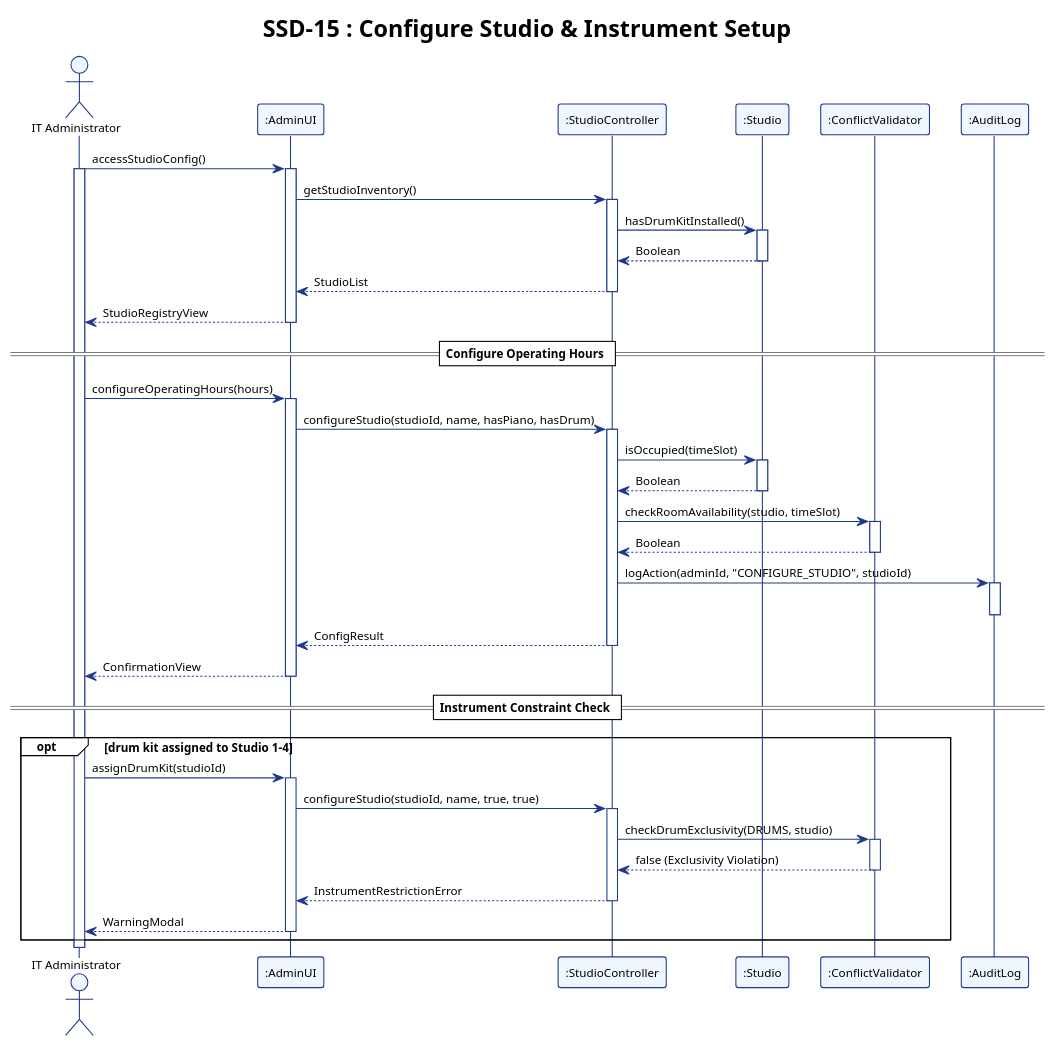
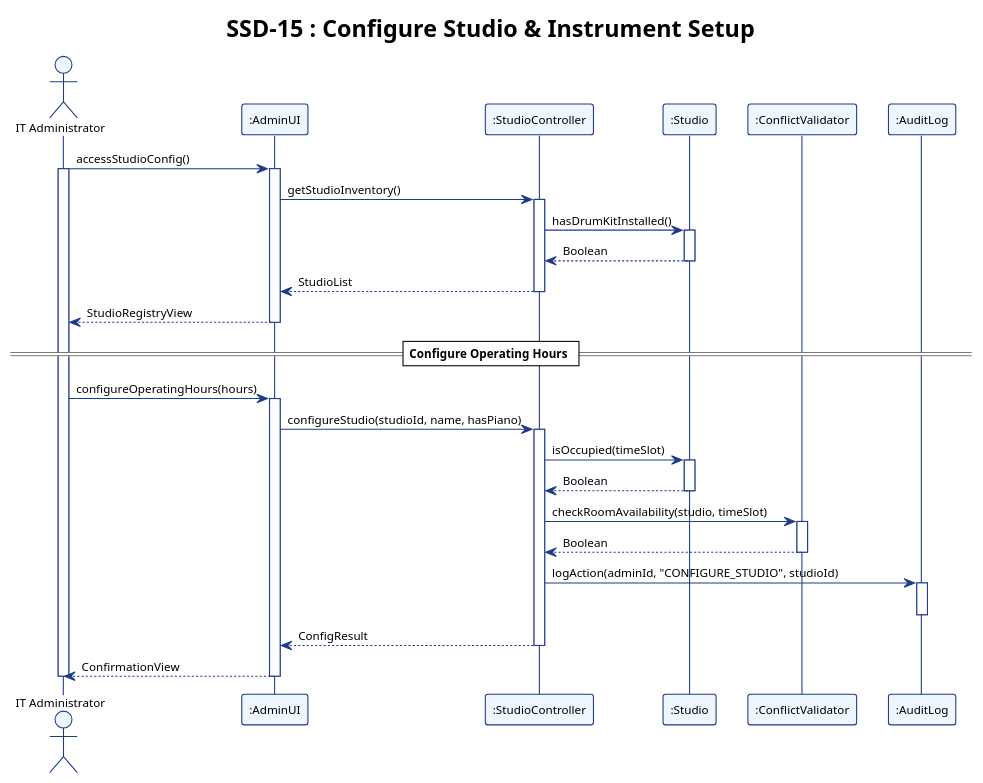
One commit to adoreblvnk/2001temp changed the diagram in report/assets/ssd_15.puml. Above: the diagram before and after it, drawn with PlantUML. The commit also changed 11 other files, not shown here.

```diff
--- a/report/assets/ssd_15.puml
+++ b/report/assets/ssd_15.puml
@@ -1,79 +1,62 @@
 @startuml ssd_15
 !theme plain
 skinparam shadowing false
 skinparam defaultFontName "Helvetica", "Arial", sans-serif
 skinparam defaultFontSize 11
 skinparam sequence {
     ParticipantBorderColor #1E3A8A
     ParticipantBackgroundColor #EFF6FF
     LifeLineBorderColor #1E3A8A
     LifeLineBackgroundColor #FFFFFF
     ArrowColor #1E3A8A
     ActorBorderColor #1E3A8A
     ActorBackgroundColor #EFF6FF
 }
 
 title SSD-15 : Configure Studio & Instrument Setup
 
 actor "IT Administrator" as ITAdmin
 participant ":AdminUI" as AdminUI
 participant ":StudioController" as StudioController
 participant ":Studio" as Studio
 participant ":ConflictValidator" as ConflictValidator
 participant ":AuditLog" as AuditLog
 
 ITAdmin -> AdminUI : accessStudioConfig()
 activate ITAdmin
 activate AdminUI
 AdminUI -> StudioController : getStudioInventory()
 activate StudioController
 StudioController -> Studio : hasDrumKitInstalled()
 activate Studio
 Studio --> StudioController : Boolean
 deactivate Studio
 StudioController --> AdminUI : StudioList
 deactivate StudioController
 AdminUI --> ITAdmin : StudioRegistryView
 deactivate AdminUI
 
 == Configure Operating Hours ==
 
 ITAdmin -> AdminUI : configureOperatingHours(hours)
 activate AdminUI
-AdminUI -> StudioController : configureStudio(studioId, name, hasPiano, hasDrum)
+AdminUI -> StudioController : configureStudio(studioId, name, hasPiano)
 activate StudioController
 StudioController -> Studio : isOccupied(timeSlot)
 activate Studio
 Studio --> StudioController : Boolean
 deactivate Studio
 StudioController -> ConflictValidator : checkRoomAvailability(studio, timeSlot)
 activate ConflictValidator
 ConflictValidator --> StudioController : Boolean
 deactivate ConflictValidator
 StudioController -> AuditLog : logAction(adminId, "CONFIGURE_STUDIO", studioId)
 activate AuditLog
 deactivate AuditLog
 StudioController --> AdminUI : ConfigResult
 deactivate StudioController
 AdminUI --> ITAdmin : ConfirmationView
 deactivate AdminUI
 
-== Instrument Constraint Check ==
-
-opt drum kit assigned to Studio 1-4
-    ITAdmin -> AdminUI : assignDrumKit(studioId)
-    activate AdminUI
-    AdminUI -> StudioController : configureStudio(studioId, name, true, true)
-    activate StudioController
-    StudioController -> ConflictValidator : checkDrumExclusivity(DRUMS, studio)
-    activate ConflictValidator
-    ConflictValidator --> StudioController : false (Exclusivity Violation)
-    deactivate ConflictValidator
-    StudioController --> AdminUI : InstrumentRestrictionError
-    deactivate StudioController
-    AdminUI --> ITAdmin : WarningModal
-    deactivate AdminUI
-end
-
 deactivate ITAdmin
 @enduml
```
